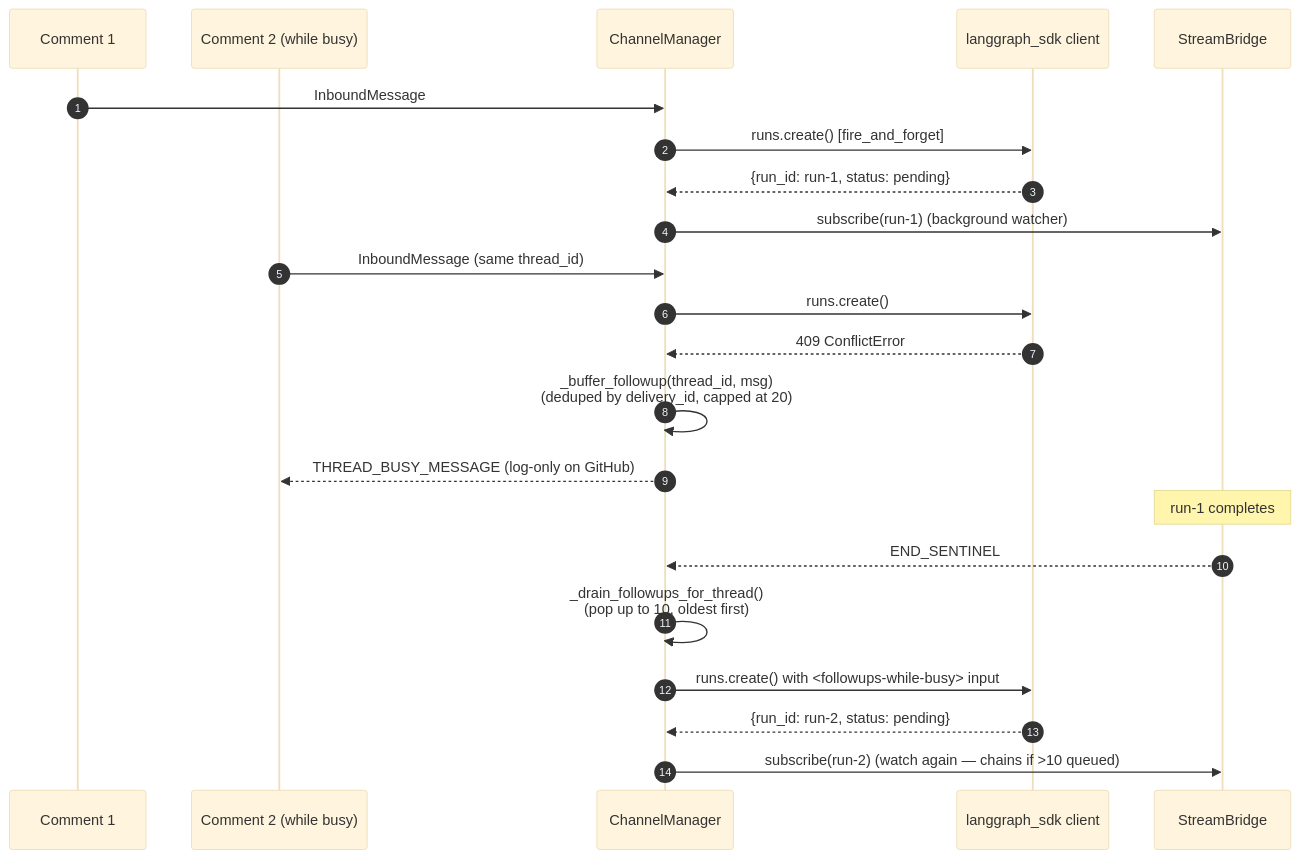
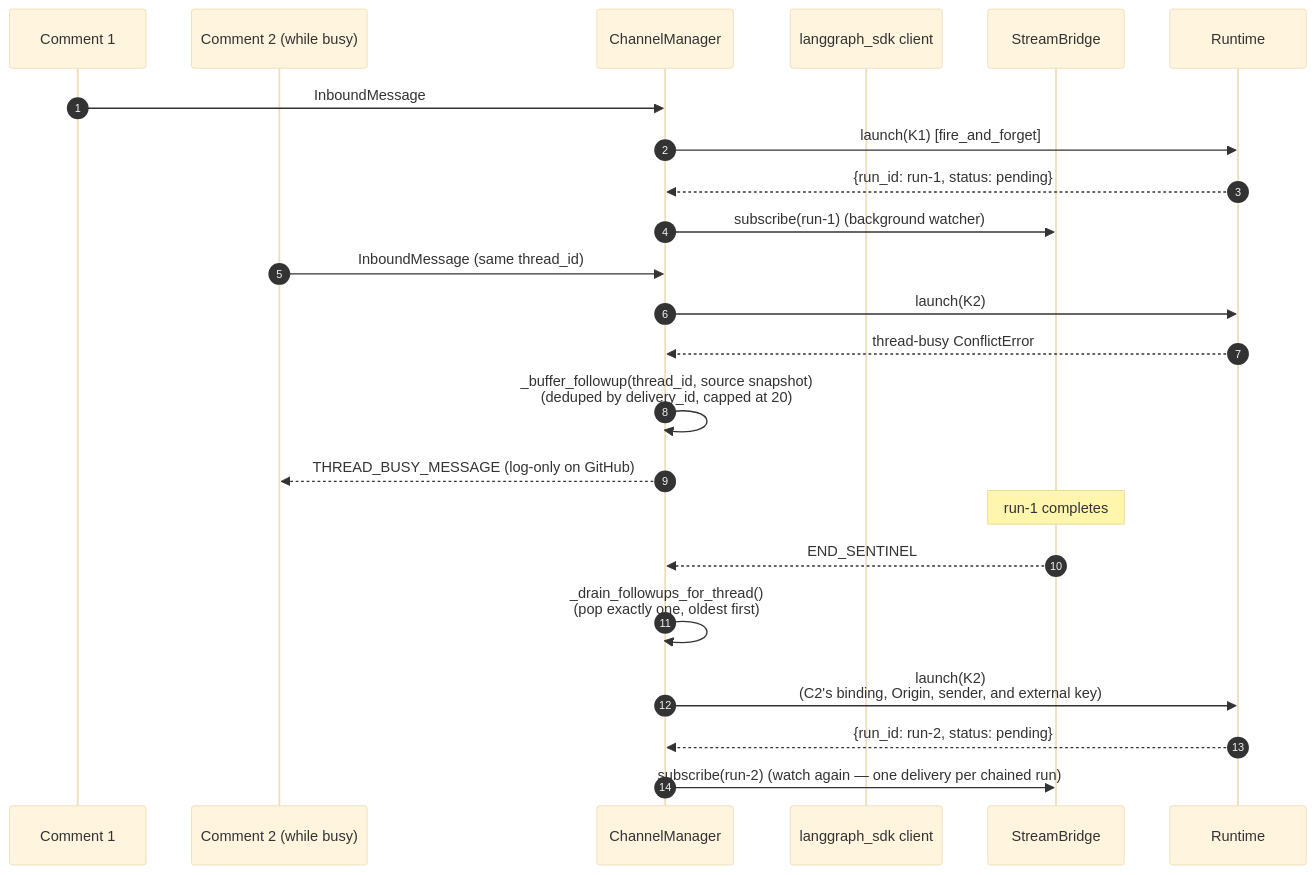
Before and after one commit to altakleos/hartmesh: the seventh of 8 diagrams in backend/docs/GITHUB_AGENTS.md, drawn with Mermaid (base theme). The commit also changed other lines of this file and 8 other files, not shown here.

````diff
--- a/backend/docs/GITHUB_AGENTS.md
+++ b/backend/docs/GITHUB_AGENTS.md
@@ -251,27 +250,27 @@
 ```mermaid
 sequenceDiagram
     autonumber
     participant C1 as Comment 1
     participant C2 as Comment 2 (while busy)
     participant Mgr as ChannelManager
     participant Client as langgraph_sdk client
     participant SB as StreamBridge
 
     C1->>Mgr: InboundMessage
-    Mgr->>Client: runs.create() [fire_and_forget]
-    Client-->>Mgr: {run_id: run-1, status: pending}
+    Mgr->>Runtime: launch(K1) [fire_and_forget]
+    Runtime-->>Mgr: {run_id: run-1, status: pending}
     Mgr->>SB: subscribe(run-1) (background watcher)
 
     C2->>Mgr: InboundMessage (same thread_id)
-    Mgr->>Client: runs.create()
-    Client-->>Mgr: 409 ConflictError
-    Mgr->>Mgr: _buffer_followup(thread_id, msg)<br/>(deduped by delivery_id, capped at 20)
+    Mgr->>Runtime: launch(K2)
+    Runtime-->>Mgr: thread-busy ConflictError
+    Mgr->>Mgr: _buffer_followup(thread_id, source snapshot)<br/>(deduped by delivery_id, capped at 20)
     Mgr-->>C2: THREAD_BUSY_MESSAGE (log-only on GitHub)
 
     Note over SB: run-1 completes
     SB-->>Mgr: END_SENTINEL
-    Mgr->>Mgr: _drain_followups_for_thread()<br/>(pop up to 10, oldest first)
-    Mgr->>Client: runs.create() with <followups-while-busy> input
-    Client-->>Mgr: {run_id: run-2, status: pending}
-    Mgr->>SB: subscribe(run-2) (watch again — chains if >10 queued)
+    Mgr->>Mgr: _drain_followups_for_thread()<br/>(pop exactly one, oldest first)
+    Mgr->>Runtime: launch(K2)<br/>(C2's binding, Origin, sender, and external key)
+    Runtime-->>Mgr: {run_id: run-2, status: pending}
+    Mgr->>SB: subscribe(run-2) (watch again — one delivery per chained run)
 ```
````
